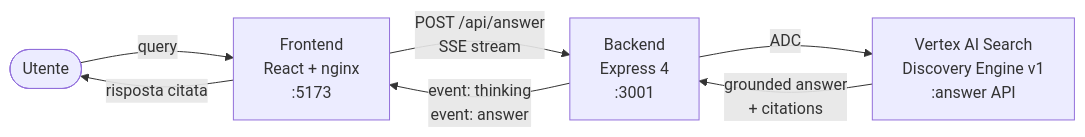
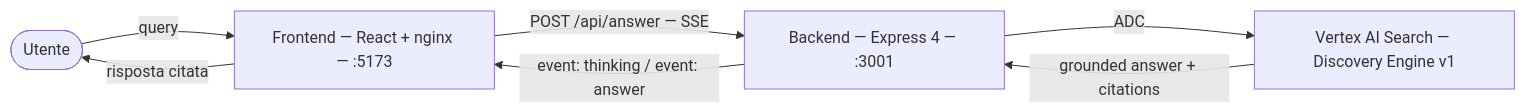
Before and after one commit to 3n1gm496/moby-prince: the first of 4 diagrams in README.md, drawn with Mermaid. The commit also changed other lines of this file, not shown here.

First line of the commit message:
Fix Mermaid diagram syntax errors in README

````diff
--- a/README.md
+++ b/README.md
@@ -16,9 +16,9 @@
 ```mermaid
 graph LR
-    U([Utente]) -->|query| FE["Frontend\nReact + nginx\n:5173"]
-    FE -->|POST /api/answer\nSSE stream| BE["Backend\nExpress 4\n:3001"]
-    BE -->|ADC| DE["Vertex AI Search\nDiscovery Engine v1\n:answer API"]
-    DE -->|grounded answer\n+ citations| BE
-    BE -->|event: thinking\nevent: answer| FE
+    U([Utente]) -->|query| FE["Frontend — React + nginx — :5173"]
+    FE -->|"POST /api/answer — SSE"| BE["Backend — Express 4 — :3001"]
+    BE -->|ADC| DE["Vertex AI Search — Discovery Engine v1"]
+    DE -->|grounded answer + citations| BE
+    BE -->|"event: thinking / event: answer"| FE
     FE -->|risposta citata| U
 ```
````
